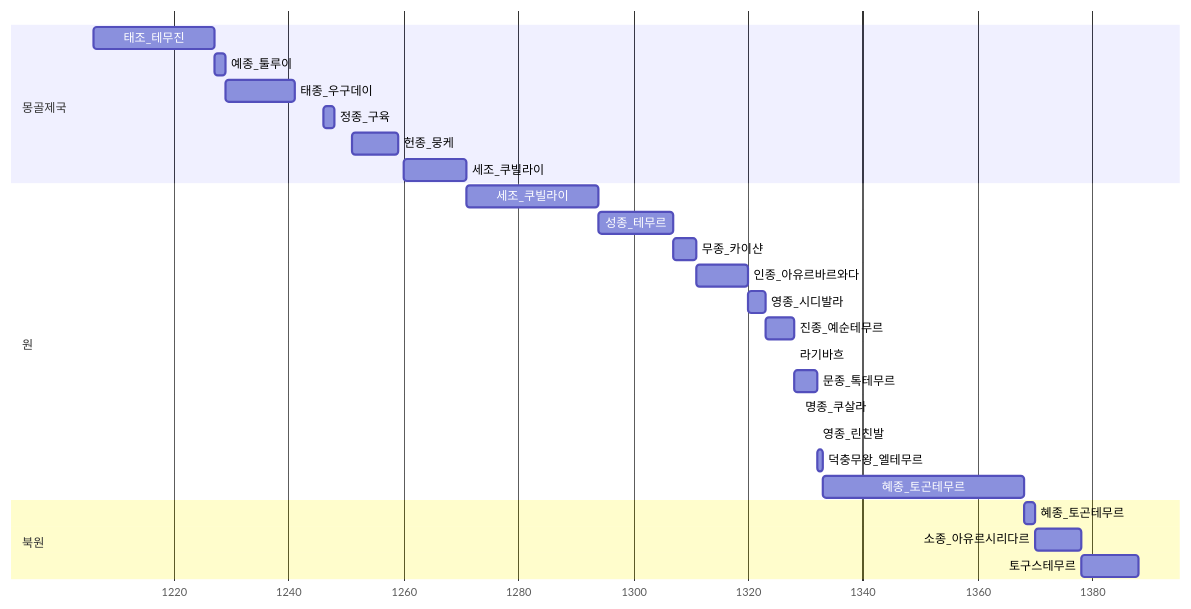
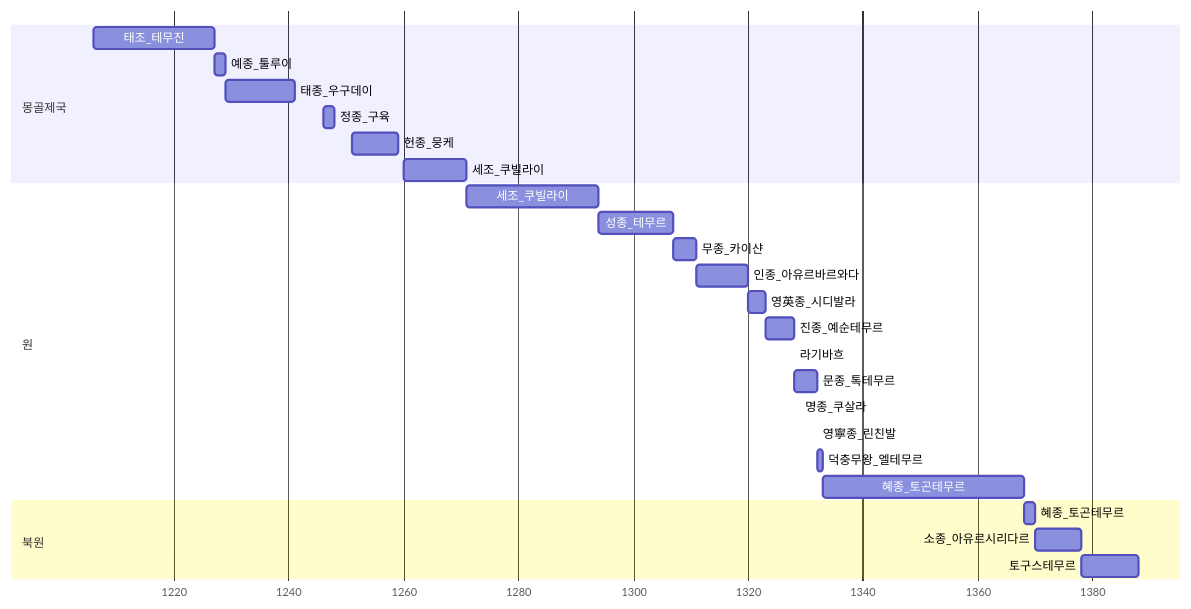
The first of 2 diagrams in 중국사/원왕조.md (daewonyoon/historigram), drawn with Mermaid before and after one commit. The commit also changed other lines of this file, not shown here.

Commit message:
원왕조

````diff
--- a/중국사/원왕조.md
+++ b/중국사/원왕조.md
@@ -1,33 +1,33 @@
 ```mermaid
 gantt
 
 dateFormat YYYY
 axisFormat %Y
 
 section 몽골제국
 태조_테무진: 1206, 1227
 예종_툴루이: 1227, 1229
 태종_우구데이: 1229, 1241
 정종_구육: 1246, 1248
 헌종_뭉케: 1251, 1259
 세조_쿠빌라이: 1260, 1271
 
 section 원
 세조_쿠빌라이: 1271, 1294
 성종_테무르: 1294, 1307
 무종_카이샨: 1307, 1311
 인종_아유르바르와다: 1311, 1320
-영종_시디발라: 1320,1323
+영英종_시디발라: 1320,1323
 진종_예순테무르: 1323, 1328
 라기바흐: 1328, 1328
 문종_톡테무르: 1328, 1332
 명종_쿠살라: 1329, 1329
-영종_린친발: 1332, 1332
+영寧종_린친발: 1332, 1332
 덕충무왕_엘테무르: 1332, 1333
 혜종_토곤테무르: 1333, 1368
 
 section 북원
 혜종_토곤테무르: 1368, 1370
 소종_아유르시리다르: 1370, 1378
 토구스테무르: 1378, 1388
 ```
````
